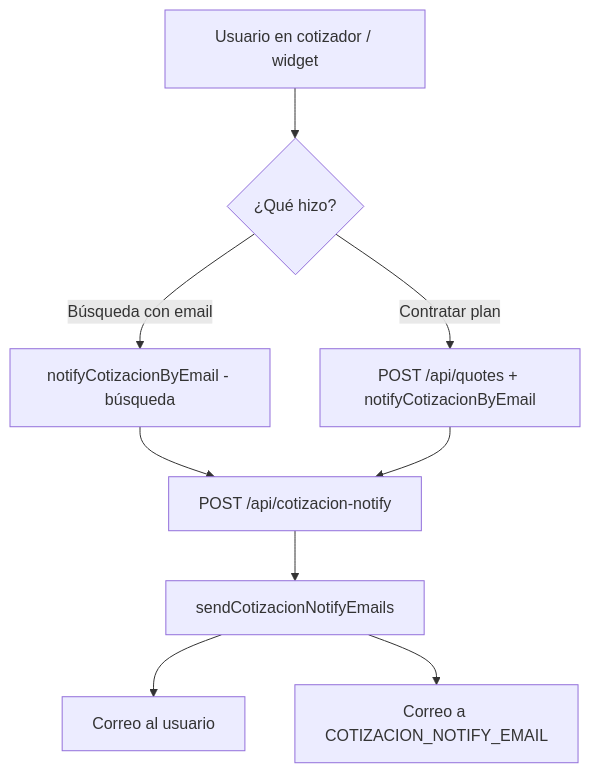
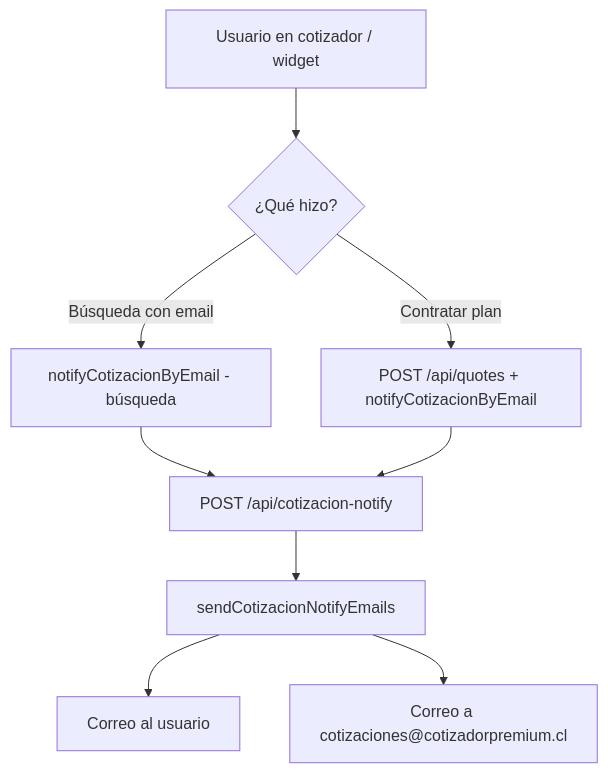
One commit to desarrolladorwebsp/cotizadorIsapres changed the second of 2 diagrams in docs/email-actions-map.md. Above: the diagram before and after it, drawn with Mermaid. The commit also changed other lines of this file and 50 other files, not shown here.

````diff
--- a/docs/email-actions-map.md
+++ b/docs/email-actions-map.md
@@ -102,11 +116,11 @@
 ```mermaid
 flowchart TD
   U[Usuario en cotizador / widget] --> V{¿Qué hizo?}
   V -->|Búsqueda con email| W[notifyCotizacionByEmail - búsqueda]
   V -->|Contratar plan| X[POST /api/quotes + notifyCotizacionByEmail]
   W --> Y[POST /api/cotizacion-notify]
   X --> Y
   Y --> Z[sendCotizacionNotifyEmails]
   Z --> A1[Correo al usuario]
-  Z --> A2[Correo a COTIZACION_NOTIFY_EMAIL]
+  Z --> A2[Correo a cotizaciones@cotizadorpremium.cl]
 ```
````
